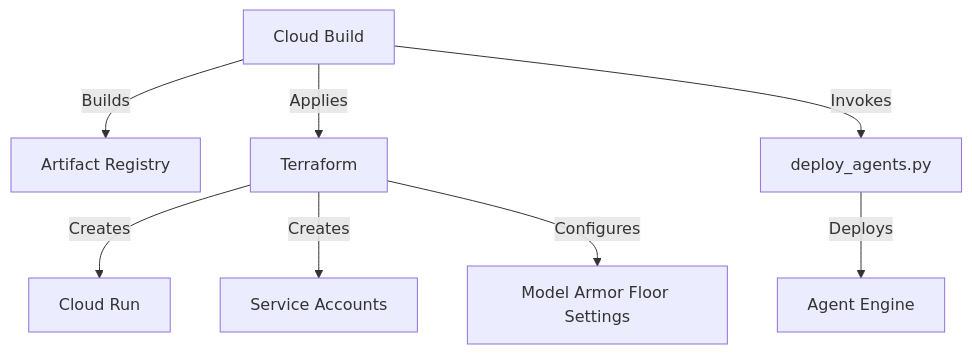
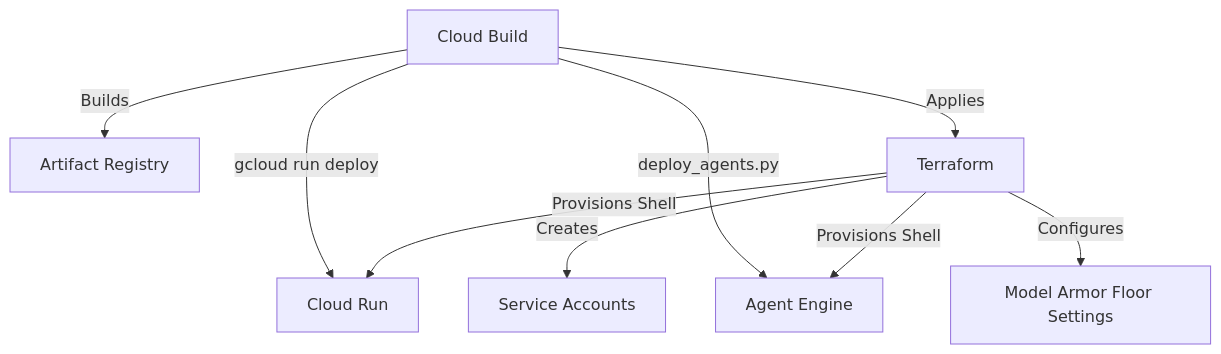
The third of 3 diagrams in docs/design document.md (wadave/agent-solution-ops), drawn with Mermaid before and after one commit. The commit also changed other lines of this file and 1 other file, not shown here.

Commit message:
chore:update readme for new TF LC

````diff
--- a/docs/design document.md
+++ b/docs/design document.md
@@ -161,10 +161,11 @@
   ```mermaid
   graph TD
       CB[Cloud Build] -->|Builds| AR[Artifact Registry]
       CB -->|Applies| TF[Terraform]
-      TF -->|Creates| CR[Cloud Run]
+      TF -->|Provisions Shell| CR[Cloud Run]
+      TF -->|Provisions Shell| AE[Agent Engine]
       TF -->|Creates| IAM[Service Accounts]
       TF -->|Configures| MA[Model Armor Floor Settings]
-      CB -->|Invokes| DA[deploy_agents.py]
-      DA -->|Deploys| AE[Agent Engine]
+      CB -->|gcloud run deploy| CR
+      CB -->|deploy_agents.py| AE
   ```
````
